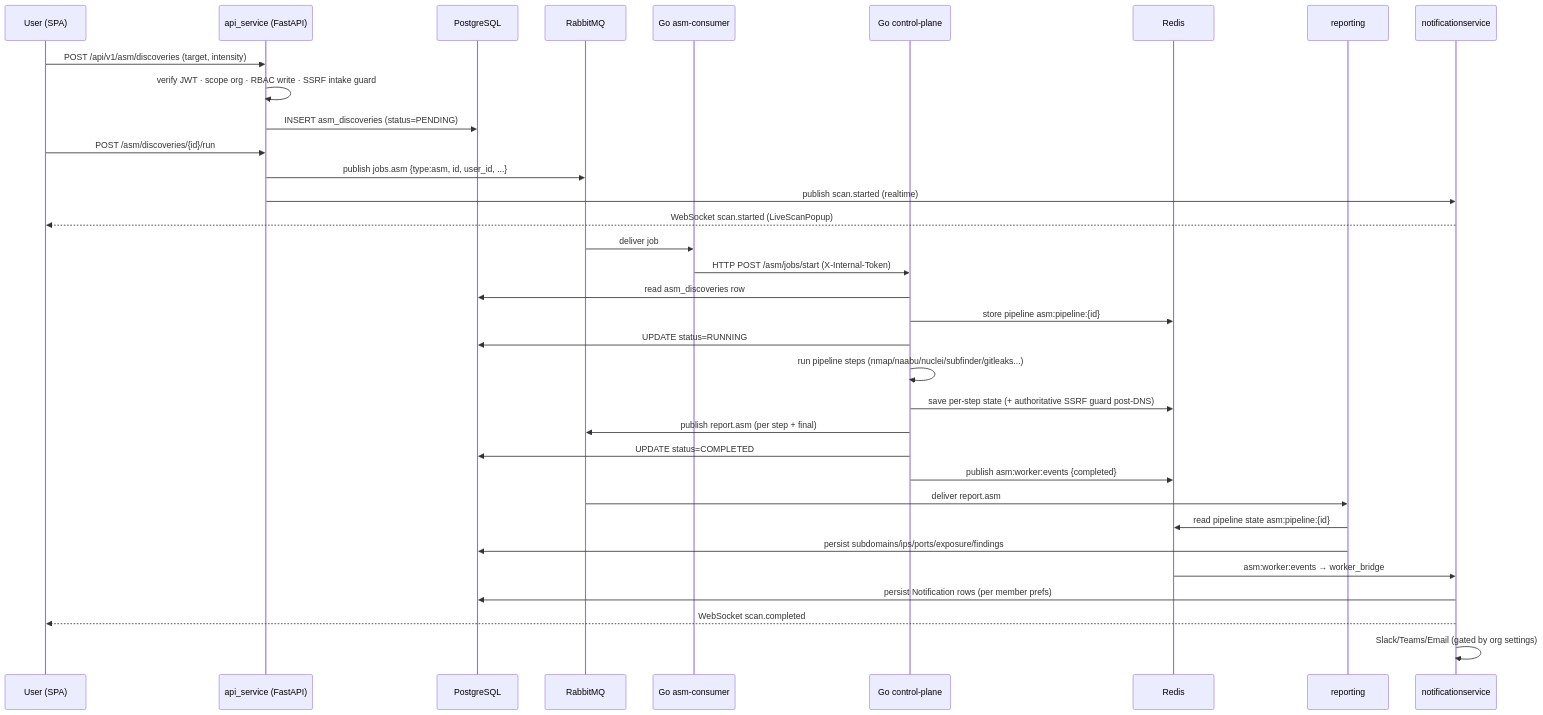
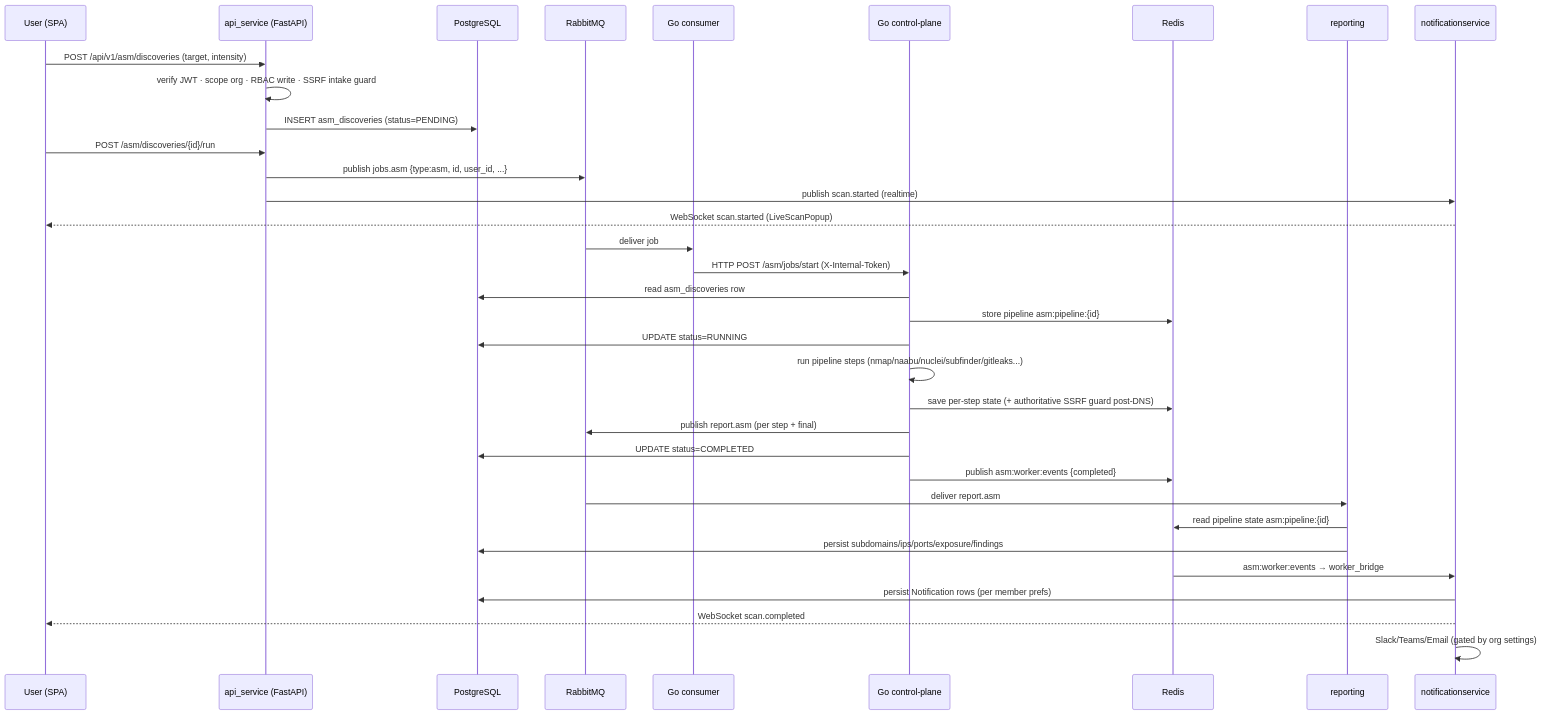
Before and after one commit to pankajneema/cyberSentinel: the diagram in docs/01_developer_guide/overview.md, drawn with Mermaid. The commit also changed other lines of this file and 182 other files, not shown here.

````diff
--- a/docs/01_developer_guide/overview.md
+++ b/docs/01_developer_guide/overview.md
@@ -43,37 +43,37 @@
 ```mermaid
 sequenceDiagram
   participant U as User (SPA)
   participant API as api_service (FastAPI)
   participant PG as PostgreSQL
   participant MQ as RabbitMQ
-  participant CON as Go asm-consumer
+  participant CON as Go consumer
   participant CP as Go control-plane
   participant RD as Redis
   participant REP as reporting
   participant NS as notificationservice
 
   U->>API: POST /api/v1/asm/discoveries (target, intensity)
   API->>API: verify JWT · scope org · RBAC write · SSRF intake guard
   API->>PG: INSERT asm_discoveries (status=PENDING)
   U->>API: POST /asm/discoveries/{id}/run
   API->>MQ: publish jobs.asm {type:asm, id, user_id, ...}
   API->>NS: publish scan.started (realtime)
   NS-->>U: WebSocket scan.started (LiveScanPopup)
   MQ->>CON: deliver job
   CON->>CP: HTTP POST /asm/jobs/start (X-Internal-Token)
   CP->>PG: read asm_discoveries row
   CP->>RD: store pipeline asm:pipeline:{id}
   CP->>PG: UPDATE status=RUNNING
   CP->>CP: run pipeline steps (nmap/naabu/nuclei/subfinder/gitleaks...)
   CP->>RD: save per-step state (+ authoritative SSRF guard post-DNS)
   CP->>MQ: publish report.asm (per step + final)
   CP->>PG: UPDATE status=COMPLETED
   CP->>RD: publish asm:worker:events {completed}
   MQ->>REP: deliver report.asm
   REP->>RD: read pipeline state asm:pipeline:{id}
   REP->>PG: persist subdomains/ips/ports/exposure/findings
   RD->>NS: asm:worker:events → worker_bridge
   NS->>PG: persist Notification rows (per member prefs)
   NS-->>U: WebSocket scan.completed
   NS->>NS: Slack/Teams/Email (gated by org settings)
 ```
````
